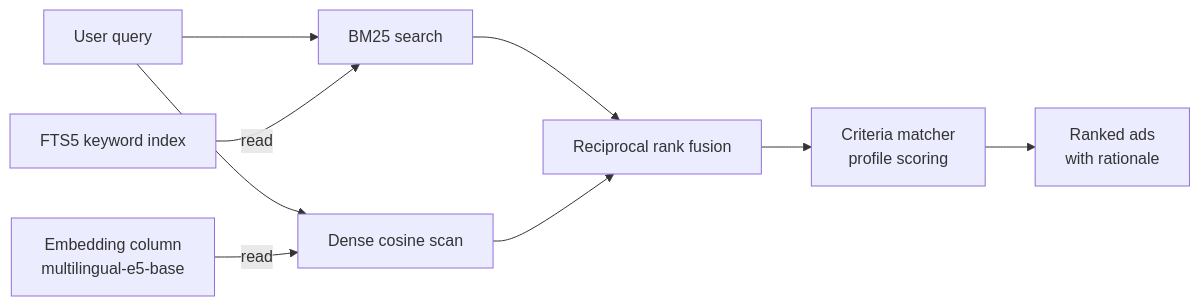
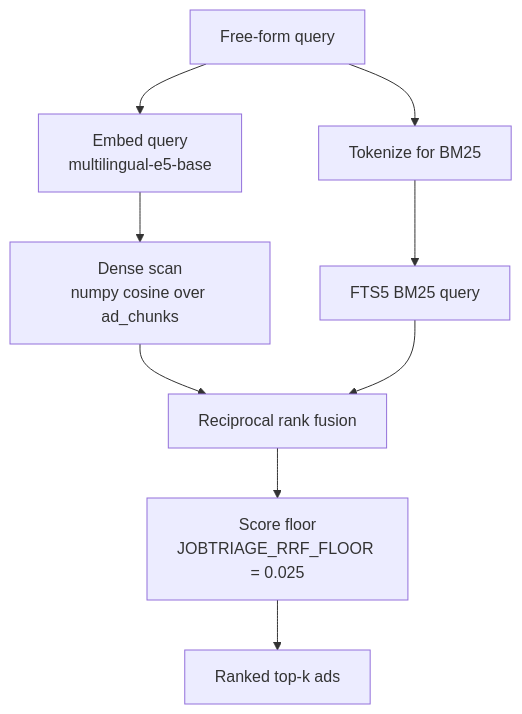
Before and after one commit to erclx/jobtriage: the seventh of 8 diagrams in .claude/DIAGRAMS.md, drawn with Mermaid. The commit also changed other lines of this file and 23 other files, not shown here.

First line of the commit message:
docs: migrate domain content to .claude/context and refresh diagrams (#21)

````diff
--- a/.claude/DIAGRAMS.md
+++ b/.claude/DIAGRAMS.md
@@ -90,21 +166,19 @@
 ```mermaid
-flowchart LR
-    Q["User query"]
-    FTS["FTS5 keyword index"]
-    VEC["Embedding column<br/>multilingual-e5-base"]
+flowchart TB
+  query[Free-form query]
+  embed[Embed query<br/>multilingual-e5-base]
+  tokens[Tokenize for BM25]
+  dense[Dense scan<br/>numpy cosine over ad_chunks]
+  bm25[FTS5 BM25 query]
+  rrf[Reciprocal rank fusion]
+  floor["Score floor<br/>JOBTRIAGE_RRF_FLOOR = 0.025"]
+  topk[Ranked top-k ads]
 
-    BM["BM25 search"]
-    DS["Dense cosine scan"]
-    RRF["Reciprocal rank fusion"]
-    CM["Criteria matcher<br/>profile scoring"]
-    OUT["Ranked ads<br/>with rationale"]
-
-    Q --> BM
-    Q --> DS
-    FTS -->|read| BM
-    VEC -->|read| DS
-    BM --> RRF
-    DS --> RRF
-    RRF --> CM
-    CM --> OUT
+  query --> embed
+  query --> tokens
+  embed --> dense
+  tokens --> bm25
+  dense --> rrf
+  bm25 --> rrf
+  rrf --> floor --> topk
 ```
````
